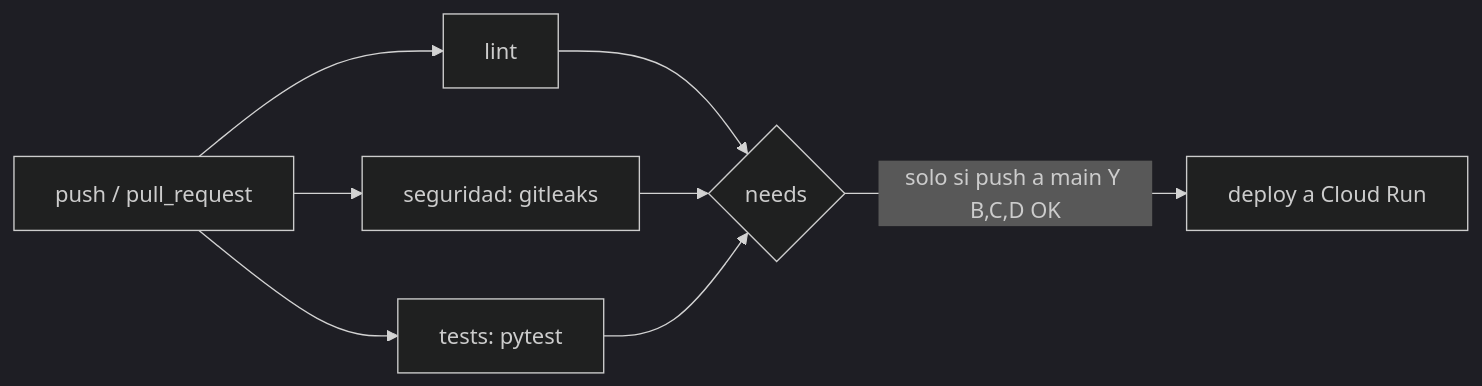
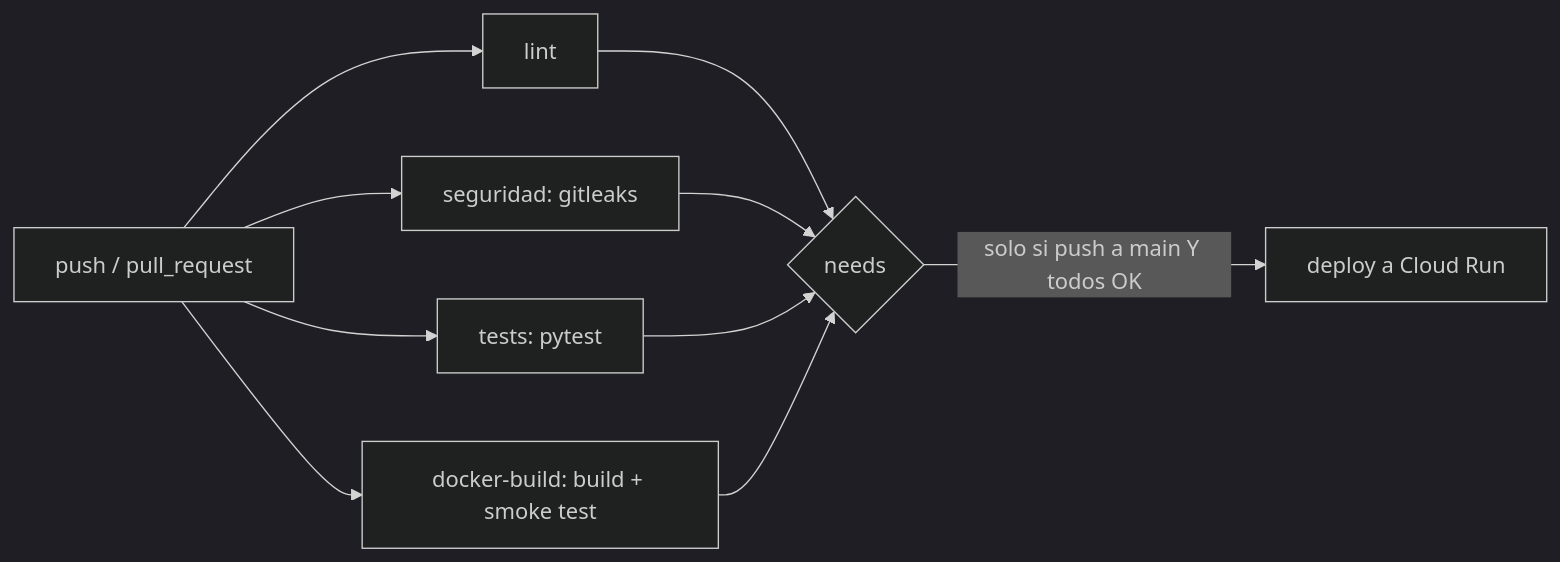
The second of 2 diagrams in README.md (vajalidk/clasificador-tickets), drawn with Mermaid (dark theme) before and after one commit. The commit also changed other lines of this file and 1 other file, not shown here.

First line of the commit message:
ci: agrega job docker-build que construye y prueba la imagen en CI

````diff
--- a/README.md
+++ b/README.md
@@ -543,10 +543,12 @@
 ```mermaid
 flowchart LR
     A[push / pull_request] --> B[lint]
     A --> C[seguridad: gitleaks]
     A --> D[tests: pytest]
+    A --> G[docker-build: build + smoke test]
     B --> E{needs}
     C --> E
     D --> E
-    E -->|solo si push a main Y B,C,D OK| F[deploy a Cloud Run]
+    G --> E
+    E -->|solo si push a main Y todos OK| F[deploy a Cloud Run]
 ```
````
